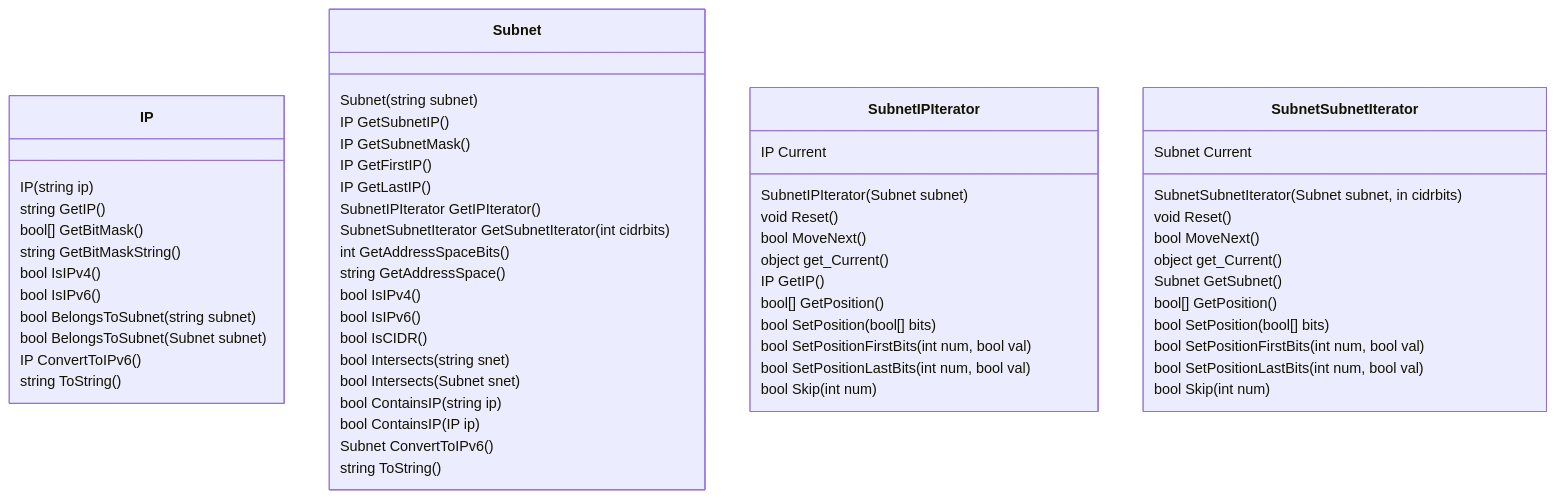
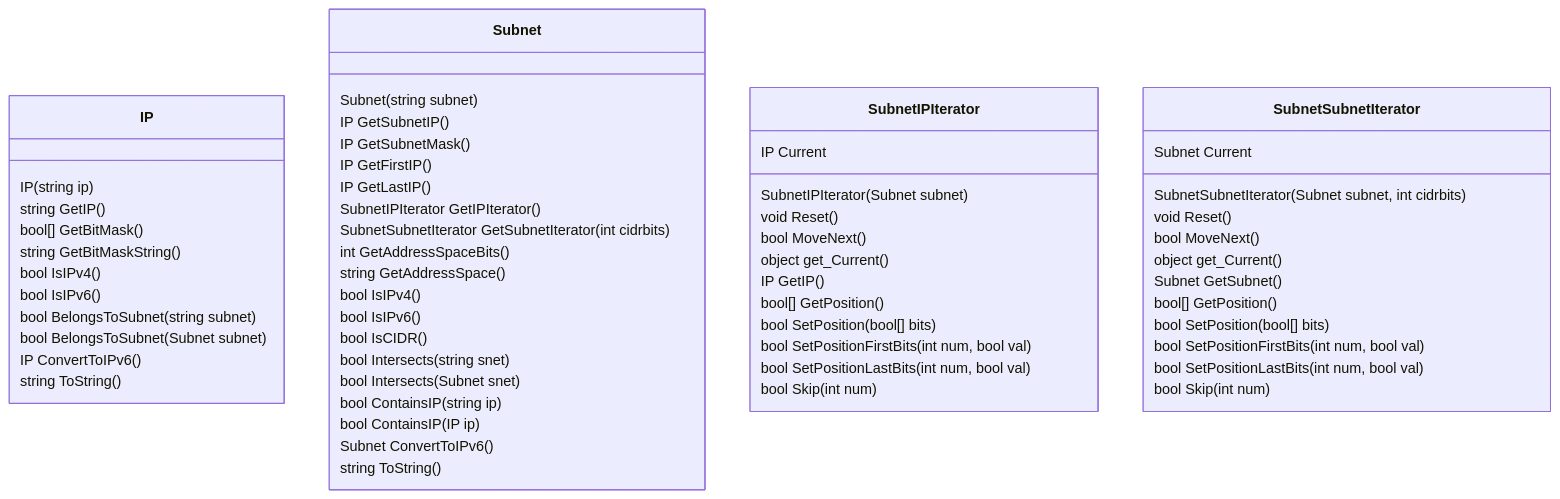
One commit to qxsch/powershell-ipnet changed the diagram in README.md. Above: the diagram before and after it, drawn with Mermaid.

Commit message:
fixed a typo

````diff
--- a/README.md
+++ b/README.md
@@ -11,64 +11,64 @@
 ```mermaid
 classDiagram
     class IP{
         IP(string ip)
         string GetIP()
         bool[] GetBitMask()
         string GetBitMaskString()
         bool IsIPv4()
         bool IsIPv6()
         bool BelongsToSubnet(string subnet)
         bool BelongsToSubnet(Subnet subnet)
         IP ConvertToIPv6()
         string ToString()
     }
 
     class Subnet {
         Subnet(string subnet)
         IP GetSubnetIP()
         IP GetSubnetMask()
         IP GetFirstIP()
         IP GetLastIP()
         SubnetIPIterator GetIPIterator()
         SubnetSubnetIterator GetSubnetIterator(int cidrbits)
         int GetAddressSpaceBits()
         string GetAddressSpace()
         bool IsIPv4()
         bool IsIPv6()
         bool IsCIDR()
         bool Intersects(string snet)
         bool Intersects(Subnet snet)
         bool ContainsIP(string ip)
         bool ContainsIP(IP ip)
         Subnet ConvertToIPv6()
         string ToString()
     }
 
     class SubnetIPIterator {
         IP Current
         SubnetIPIterator(Subnet subnet)
         void Reset()
         bool MoveNext()
         object get_Current()
         IP GetIP()
         bool[] GetPosition()
         bool SetPosition(bool[] bits)
         bool SetPositionFirstBits(int num, bool val)
         bool SetPositionLastBits(int num, bool val)
         bool Skip(int num)
     }
 
     class SubnetSubnetIterator {
         Subnet Current
-        SubnetSubnetIterator(Subnet subnet, in cidrbits)
+        SubnetSubnetIterator(Subnet subnet, int cidrbits)
         void Reset()
         bool MoveNext()
         object get_Current()
         Subnet GetSubnet()
         bool[] GetPosition()
         bool SetPosition(bool[] bits)
         bool SetPositionFirstBits(int num, bool val)
         bool SetPositionLastBits(int num, bool val)
         bool Skip(int num)
     }
 ```
````
